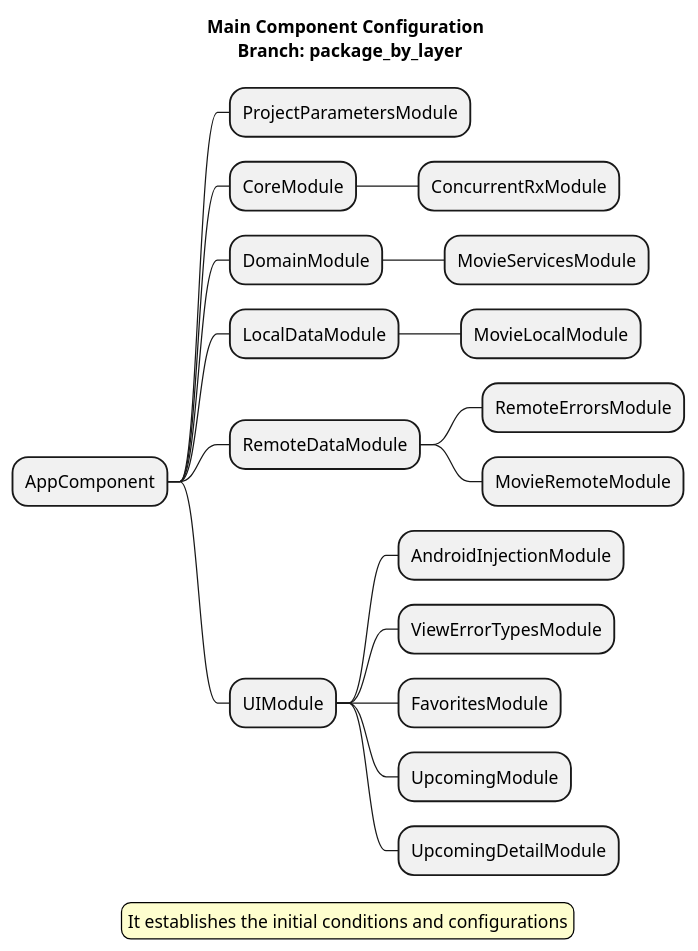
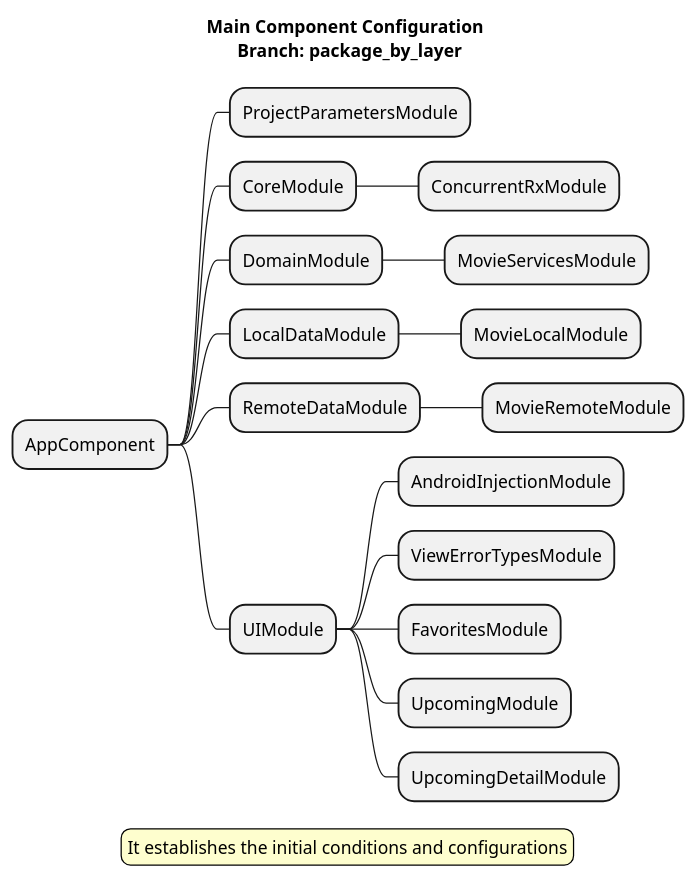
Before and after one commit to vanskarner/CleanMovie: the diagram in architecture_resources/branches/byLayer/MainComponentConfiguration.puml, drawn with PlantUML. The commit also changed 7 other files, not shown here.

Commit message:
updated diagrams

```diff
--- a/architecture_resources/branches/byLayer/MainComponentConfiguration.puml
+++ b/architecture_resources/branches/byLayer/MainComponentConfiguration.puml
@@ -1,27 +1,26 @@
 @startmindmap
 
 title Main Component Configuration \n Branch: package_by_layer
 * AppComponent
 ** ProjectParametersModule
 ** CoreModule
 *** ConcurrentRxModule
 ** DomainModule
 *** MovieServicesModule
 ** LocalDataModule
 *** MovieLocalModule
 ** RemoteDataModule
-*** RemoteErrorsModule
 *** MovieRemoteModule
 ** UIModule
 *** AndroidInjectionModule
 *** ViewErrorTypesModule
 *** FavoritesModule
 *** UpcomingModule
 *** UpcomingDetailModule
 
 legend
 It establishes the initial conditions and configurations
 end legend
 
 skinparam legendBackgroundColor #FEFECE
 @endmindmap
```
